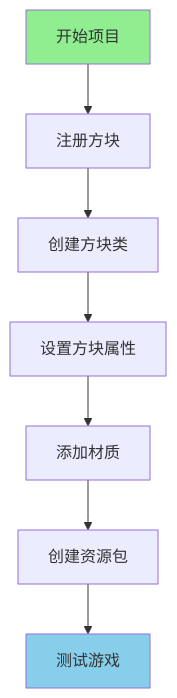
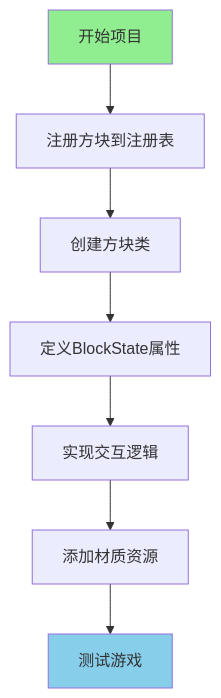
Before and after one commit to BaiGave/Minecraft-Learning: the first of 2 diagrams in content/mc/1.21/core/-/tutorials/Part-12-Practice/98-project1-block.md, drawn with Mermaid. The commit also changed other lines of this file and 395 other files, not shown here.

````diff
--- a/content/mc/1.21/core/-/tutorials/Part-12-Practice/98-project1-block.md
+++ b/content/mc/1.21/core/-/tutorials/Part-12-Practice/98-project1-block.md
@@ -25,12 +29,12 @@
 ```mermaid
 flowchart TD
-    A[开始项目] --> B[注册方块]
+    A[开始项目] --> B[注册方块到注册表]
     B --> C[创建方块类]
-    C --> D[设置方块属性]
-    D --> E[添加材质]
-    E --> F[创建资源包]
+    C --> D[定义BlockState属性]
+    D --> E[实现交互逻辑]
+    E --> F[添加材质资源]
     F --> G[测试游戏]
     
     style A fill:#90EE90
     style G fill:#87CEEB
 ```
````
